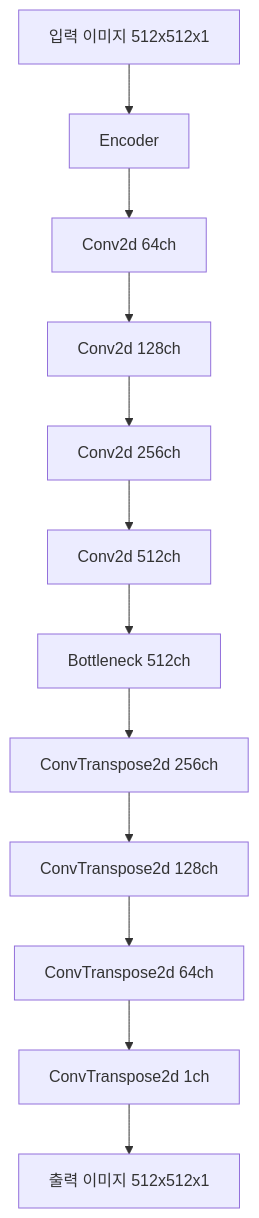
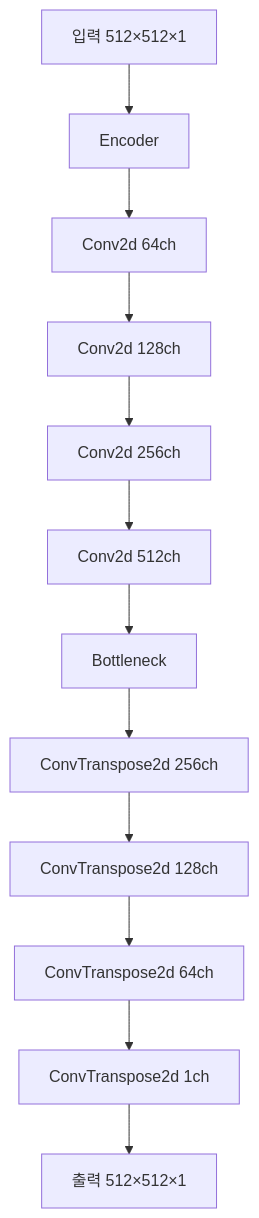
One commit to c0z0c/sprint_mission changed the first of 6 diagrams in 스프린트미션_작업중/미션5_4팀_김명환.md. Above: the diagram before and after it, drawn with Mermaid. The commit also changed other lines of this file, not shown here.

````diff
--- a/스프린트미션_작업중/미션5_4팀_김명환.md
+++ b/스프린트미션_작업중/미션5_4팀_김명환.md
@@ -100,14 +100,14 @@
 ```mermaid
 graph TD
-    A[입력 이미지 512x512x1] --> B[Encoder]
-    B --> C[Conv2d 64ch]
-    C --> D[Conv2d 128ch]
-    D --> E[Conv2d 256ch]
-    E --> F[Conv2d 512ch]
-    F --> G[Bottleneck 512ch]
-    G --> H[ConvTranspose2d 256ch]
-    H --> I[ConvTranspose2d 128ch]
-    I --> J[ConvTranspose2d 64ch]
-    J --> K[ConvTranspose2d 1ch]
-    K --> L[출력 이미지 512x512x1]   
+    A["입력 512×512×1"] --> B["Encoder"]
+    B --> C["Conv2d 64ch"]
+    C --> D["Conv2d 128ch"]
+    D --> E["Conv2d 256ch"]
+    E --> F["Conv2d 512ch"]
+    F --> G["Bottleneck"]
+    G --> H["ConvTranspose2d 256ch"]
+    H --> I["ConvTranspose2d 128ch"]
+    I --> J["ConvTranspose2d 64ch"]
+    J --> K["ConvTranspose2d 1ch"]
+    K --> L["출력 512×512×1"]
 ```
````
